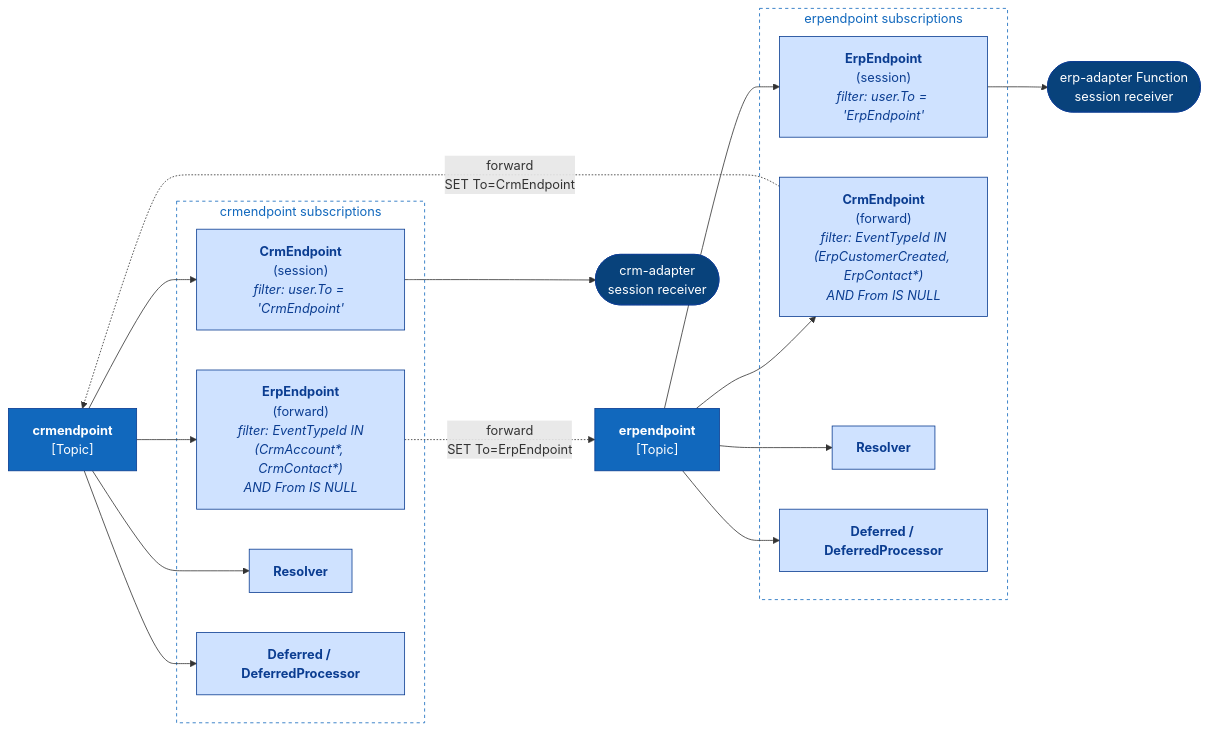
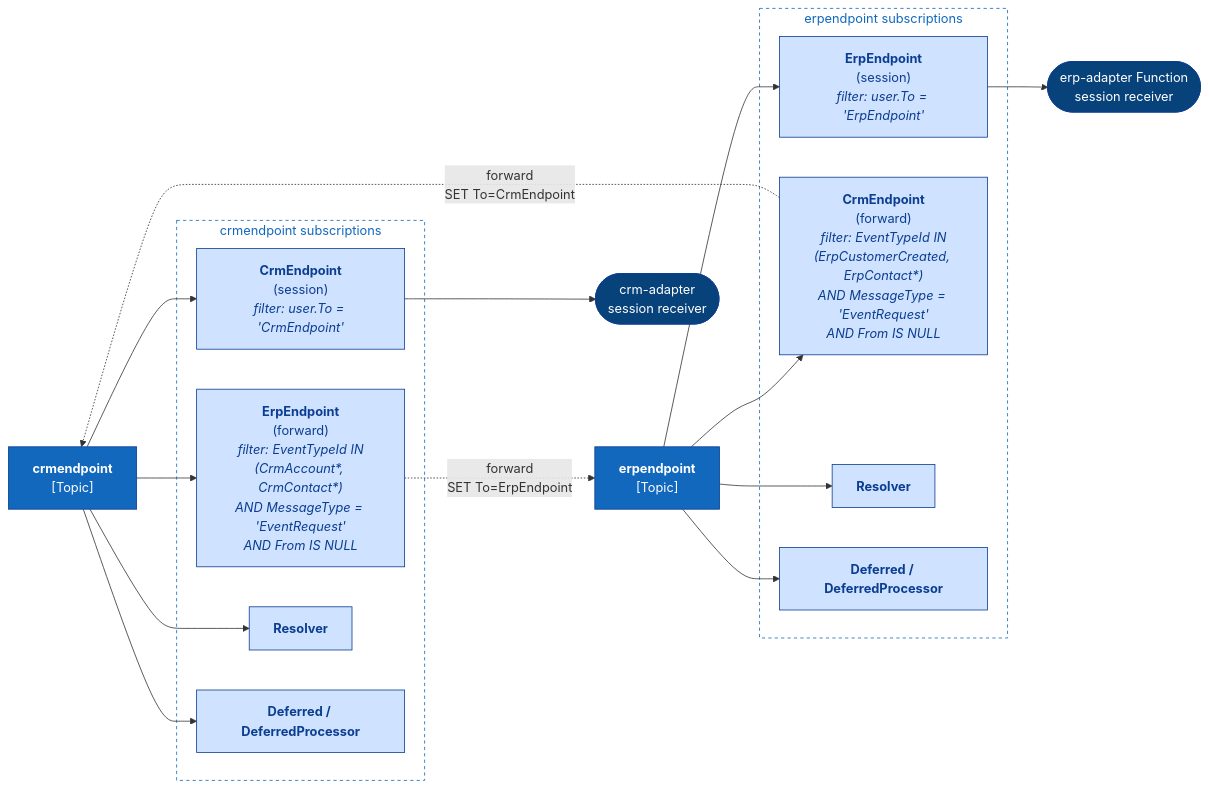
Before and after one commit to context-and-oss/NimBus: the second of 7 diagrams in samples/CrmErpDemo/README.md, drawn with Mermaid. The commit also changed other lines of this file and 17 other files, not shown here.

````diff
--- a/samples/CrmErpDemo/README.md
+++ b/samples/CrmErpDemo/README.md
@@ -91,47 +91,47 @@
 ```mermaid
 graph LR
     crmTopic["<b>crmendpoint</b><br/>[Topic]"]
     erpTopic["<b>erpendpoint</b><br/>[Topic]"]
 
     subgraph crmSubs["crmendpoint subscriptions"]
         s1["<b>CrmEndpoint</b><br/>(session)<br/><i>filter: user.To = 'CrmEndpoint'</i>"]
-        s2["<b>ErpEndpoint</b><br/>(forward)<br/><i>filter: EventTypeId IN<br/>(CrmAccount*, CrmContact*)<br/>AND From IS NULL</i>"]
+        s2["<b>ErpEndpoint</b><br/>(forward)<br/><i>filter: EventTypeId IN<br/>(CrmAccount*, CrmContact*)<br/>AND MessageType = 'EventRequest'<br/>AND From IS NULL</i>"]
         s3["<b>Resolver</b>"]
         s4["<b>Deferred / DeferredProcessor</b>"]
     end
 
     subgraph erpSubs["erpendpoint subscriptions"]
         t1["<b>ErpEndpoint</b><br/>(session)<br/><i>filter: user.To = 'ErpEndpoint'</i>"]
-        t2["<b>CrmEndpoint</b><br/>(forward)<br/><i>filter: EventTypeId IN<br/>(ErpCustomerCreated, ErpContact*)<br/>AND From IS NULL</i>"]
+        t2["<b>CrmEndpoint</b><br/>(forward)<br/><i>filter: EventTypeId IN<br/>(ErpCustomerCreated, ErpContact*)<br/>AND MessageType = 'EventRequest'<br/>AND From IS NULL</i>"]
         t3["<b>Resolver</b>"]
         t4["<b>Deferred / DeferredProcessor</b>"]
     end
 
     crmTopic --> s1
     crmTopic --> s2
     crmTopic --> s3
     crmTopic --> s4
     erpTopic --> t1
     erpTopic --> t2
     erpTopic --> t3
     erpTopic --> t4
 
     s2 -.->|forward<br/>SET To=ErpEndpoint| erpTopic
     t2 -.->|forward<br/>SET To=CrmEndpoint| crmTopic
 
     crmAdapter(["crm-adapter<br/>session receiver"])
     erpAdapter(["erp-adapter Function<br/>session receiver"])
 
     s1 --> crmAdapter
     t1 --> erpAdapter
 
     classDef topic    fill:#1168bd,stroke:#0b3d91,color:#ffffff
     classDef sub      fill:#cfe2ff,stroke:#0b3d91,color:#0b3d91
     classDef boundary fill:none,stroke:#1168bd,stroke-dasharray:4 4,color:#1168bd
     classDef consumer fill:#08427b,stroke:#0b3d91,color:#ffffff
 
     class crmTopic,erpTopic topic
     class s1,s2,s3,s4,t1,t2,t3,t4 sub
     class crmSubs,erpSubs boundary
     class crmAdapter,erpAdapter consumer
 ```
````
